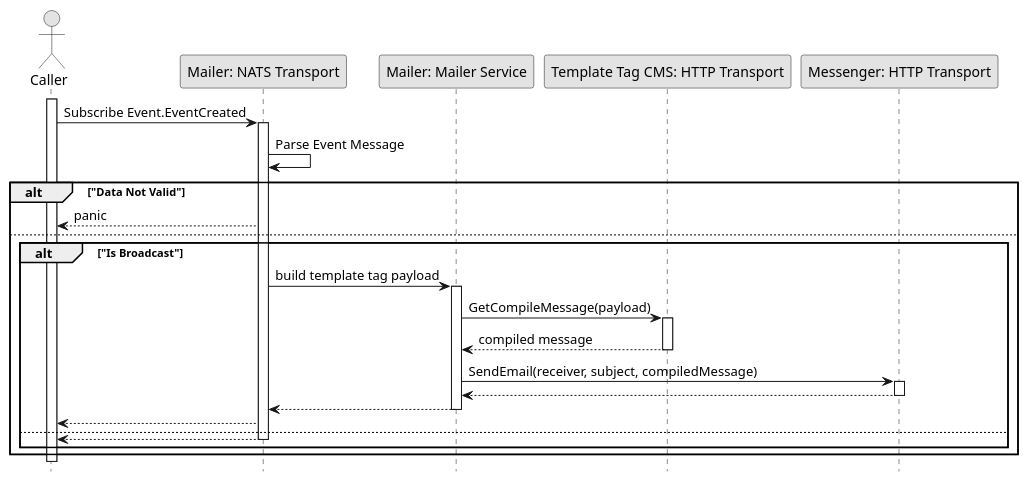
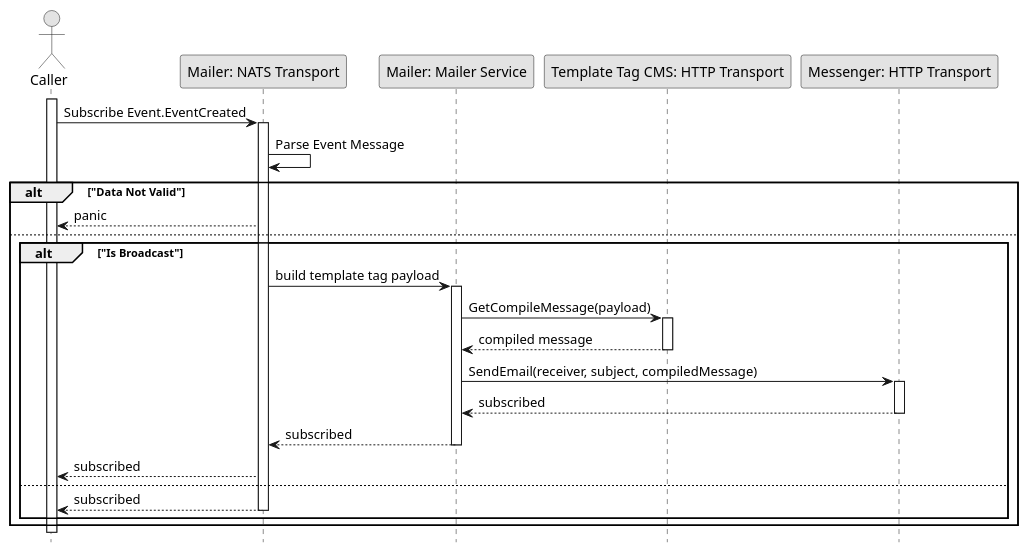
The diagram in Sequence/Release04/MAILER_SubscribeEventCreated.wsd (fwidjaya20/fazzlearning-uml), drawn with PlantUML before and after one commit. The commit also changed 13 other files, not shown here.

Commit message:
fix(sequence): adding return wording

```diff
--- a/Sequence/Release04/MAILER_SubscribeEventCreated.wsd
+++ b/Sequence/Release04/MAILER_SubscribeEventCreated.wsd
@@ -1,44 +1,44 @@
 @startuml MAILER_SubscribeEventCreated
 
 skinparam Monochrome true
 skinparam Shadowing false
 hide footbox
 
 actor "Caller" as Caller
 participant "Mailer: NATS Transport" as MailerNATSTransport
 participant "Mailer: Mailer Service" as MailerService
-participant "Template Tag CMS: HTTP Transport" as TTCMSHTTPTransport
+participant "Template Tag CMS: HTTP Transport" as CMSHTTPTransport
 participant "Messenger: HTTP Transport" as MessengerHTTPTransport
 
 activate Caller
 
 Caller->MailerNATSTransport: Subscribe Event.EventCreated
 activate MailerNATSTransport
 MailerNATSTransport->MailerNATSTransport: Parse Event Message
 
 alt "Data Not Valid"
     MailerNATSTransport-->Caller: panic
 else
     alt "Is Broadcast"
         MailerNATSTransport->MailerService: build template tag payload
         activate MailerService
-        MailerService->TTCMSHTTPTransport: GetCompileMessage(payload)
-        activate TTCMSHTTPTransport
-        TTCMSHTTPTransport-->MailerService: compiled message
-        deactivate TTCMSHTTPTransport
+        MailerService->CMSHTTPTransport: GetCompileMessage(payload)
+        activate CMSHTTPTransport
+        CMSHTTPTransport-->MailerService: compiled message
+        deactivate CMSHTTPTransport
         MailerService->MessengerHTTPTransport: SendEmail(receiver, subject, compiledMessage)
         activate MessengerHTTPTransport
-        MessengerHTTPTransport-->MailerService
+        MessengerHTTPTransport-->MailerService: subscribed
         deactivate MessengerHTTPTransport
-        MailerService-->MailerNATSTransport
+        MailerService-->MailerNATSTransport: subscribed
         deactivate MailerService
-        MailerNATSTransport-->Caller
+        MailerNATSTransport-->Caller: subscribed
     else
-        MailerNATSTransport-->Caller
+        MailerNATSTransport-->Caller: subscribed
         deactivate MailerNATSTransport
     end
 end
 
 deactivate Caller
 
 @enduml
```
